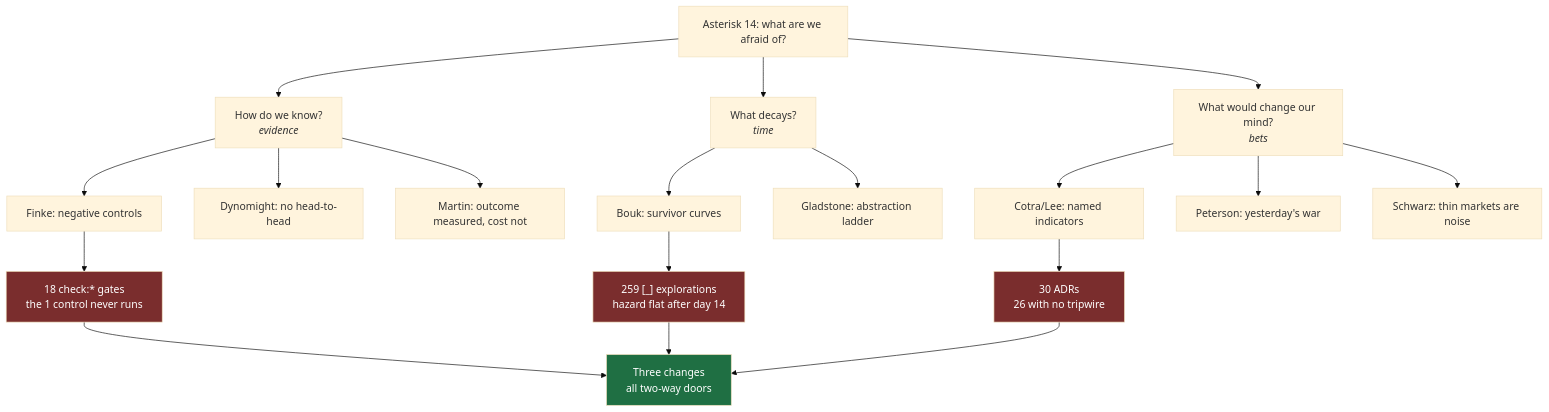
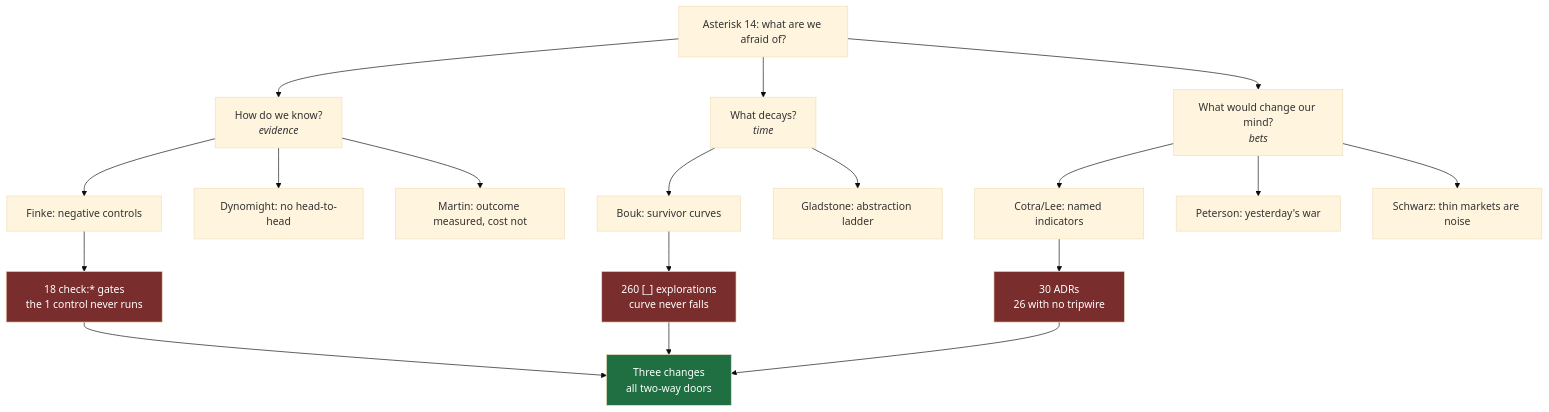
One commit to crs48/xNet changed the first of 3 diagrams in docs/explorations/0424_[_]_RISK_ADJUSTED_ENGINEERING_READING_ASTERISK_14.md. Above: the diagram before and after it, drawn with Mermaid (base theme). The commit also changed other lines of this file and 3 other files, not shown here.

First line of the commit message:
feat(explorations): publish the backlog retirement curve in STALE.md

````diff
--- a/docs/explorations/0424_[_]_RISK_ADJUSTED_ENGINEERING_READING_ASTERISK_14.md
+++ b/docs/explorations/0424_[_]_RISK_ADJUSTED_ENGINEERING_READING_ASTERISK_14.md
@@ -70,31 +70,31 @@
 ```mermaid
 flowchart TD
     Q["Asterisk 14: what are we afraid of?"]
 
     Q --> A["How do we know?<br/><i>evidence</i>"]
     Q --> B["What decays?<br/><i>time</i>"]
     Q --> C["What would change our mind?<br/><i>bets</i>"]
 
     A --> A1["Finke: negative controls"]
     A --> A2["Dynomight: no head-to-head"]
     A --> A3["Martin: outcome measured, cost not"]
     A1 --> AX["18 check:* gates<br/>the 1 control never runs"]
 
     B --> B1["Bouk: survivor curves"]
     B --> B2["Gladstone: abstraction ladder"]
-    B1 --> BX["259 [_] explorations<br/>hazard flat after day 14"]
+    B1 --> BX["260 [_] explorations<br/>curve never falls"]
 
     C --> C1["Cotra/Lee: named indicators"]
     C --> C2["Peterson: yesterday's war"]
     C --> C3["Schwarz: thin markets are noise"]
     C1 --> CX["30 ADRs<br/>26 with no tripwire"]
 
     AX --> R["Three changes<br/>all two-way doors"]
     BX --> R
     CX --> R
 
     style R fill:#1f6f43,color:#fff
     style AX fill:#7a2d2d,color:#fff
     style BX fill:#7a2d2d,color:#fff
     style CX fill:#7a2d2d,color:#fff
 ```
````
